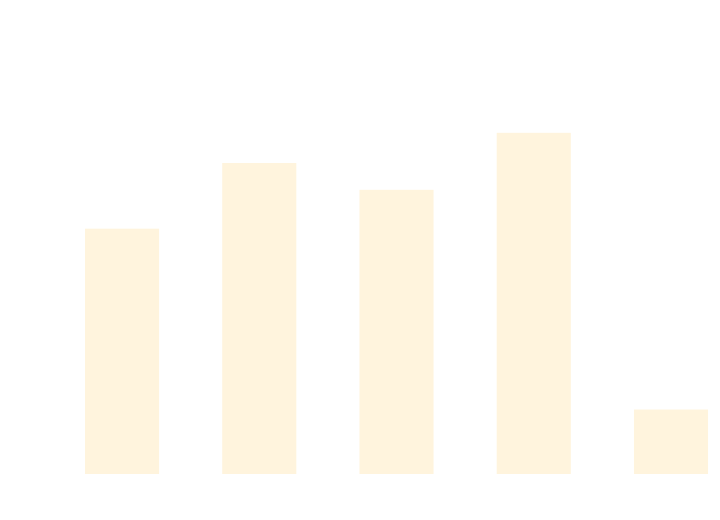
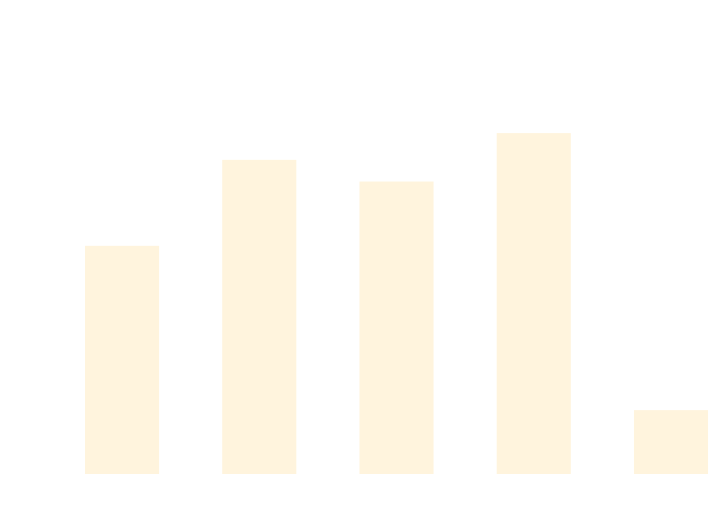
The diagram in docs/docs/benchmarks/AsyncTests.md (thomhurst/TUnit), drawn with Mermaid before and after one commit. The commit also changed other lines of this file and 17 other files, not shown here.

````diff
--- a/docs/docs/benchmarks/AsyncTests.md
+++ b/docs/docs/benchmarks/AsyncTests.md
@@ -27,37 +27,37 @@
 ```mermaid
 %%{init: {
   'theme':'base',
   'themeVariables': {
     'primaryColor': '#2563eb',
     'primaryTextColor': '#ffffff',
     'primaryBorderColor': '#1e40af',
     'lineColor': '#6b7280',
     'secondaryColor': '#7c3aed',
     'tertiaryColor': '#dc2626',
     'background': '#ffffff',
     'mainBkg': '#2563eb',
     'secondBkg': '#7c3aed',
     'tertiaryBkg': '#dc2626',
     'clusterBkg': '#f3f4f6',
     'edgeLabelBackground': '#ffffff',
     'tertiaryTextColor': '#1f2937',
     'pie1': '#2563eb',
     'pie2': '#7c3aed',
     'pie3': '#dc2626',
     'pie4': '#f59e0b',
     'pie5': '#10b981',
     'pie6': '#06b6d4',
     'pie7': '#ec4899',
     'pie8': '#6366f1',
     'pie9': '#84cc16',
     'pie10': '#f97316',
     'pie11': '#14b8a6',
     'pie12': '#a855f7'
   }
 }}%%
 xychart-beta
   title "AsyncTests Performance Comparison"
   x-axis ["TUnit", "NUnit", "MSTest", "xUnit3", "TUnit_AOT"]
-  y-axis "Time (ms)" 0 --> 882
-  bar [522.6, 668.2, 608.7, 735, 121.8]
+  y-axis "Time (ms)" 0 --> 894
+  bar [491.2, 684.3, 635.6, 744.4, 122.1]
 ```
````
